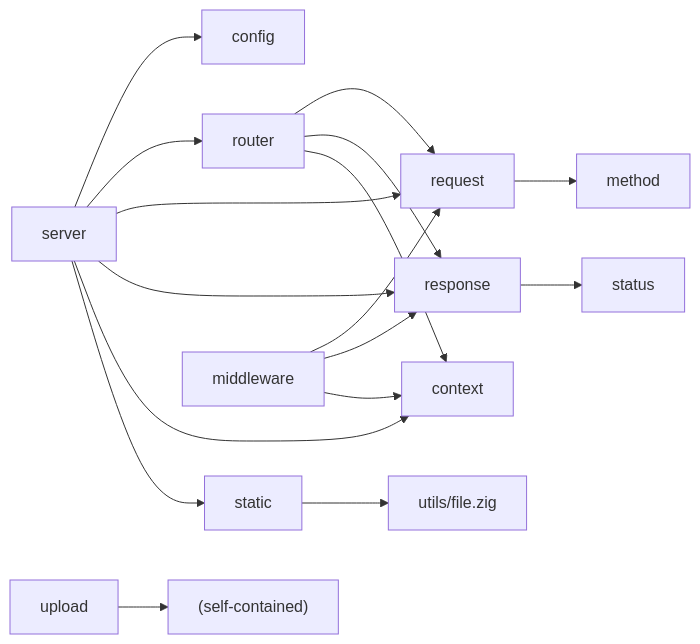
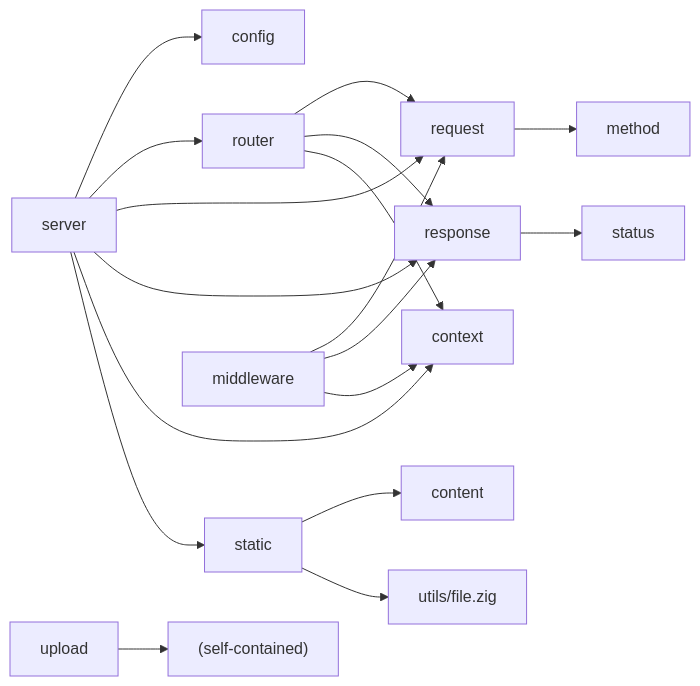
Before and after one commit to prothegee/zix: the third of 9 diagrams in docs/HLD.md, drawn with Mermaid. The commit also changed other lines of this file and 22 other files, not shown here.

````diff
--- a/docs/HLD.md
+++ b/docs/HLD.md
@@ -85,23 +85,24 @@
 ```mermaid
 graph LR
     server --> config
     server --> router
     server --> request
     server --> response
     server --> context
     server --> static
 
     router --> request
     router --> response
     router --> context
 
     request --> method
     response --> status
 
+    static --> content
     static --> utils["utils/file.zig"]
     upload --> upload_self["(self-contained)"]
 
     middleware --> request
     middleware --> response
     middleware --> context
 ```
````
